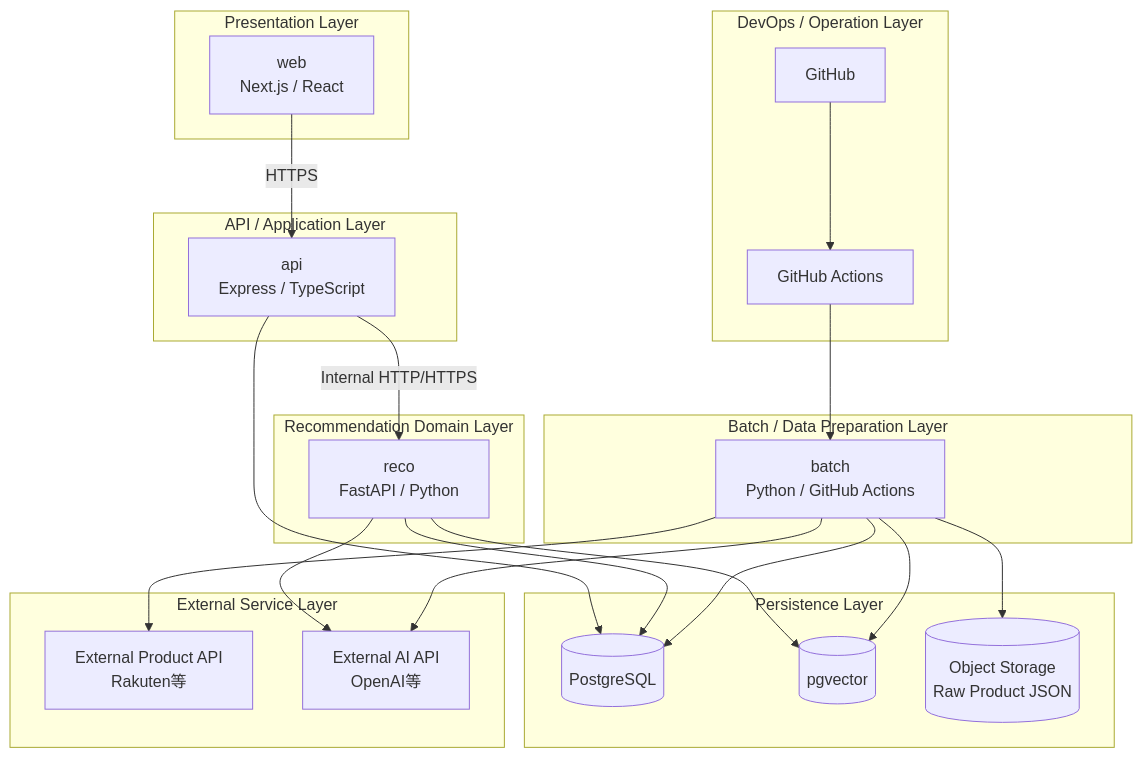
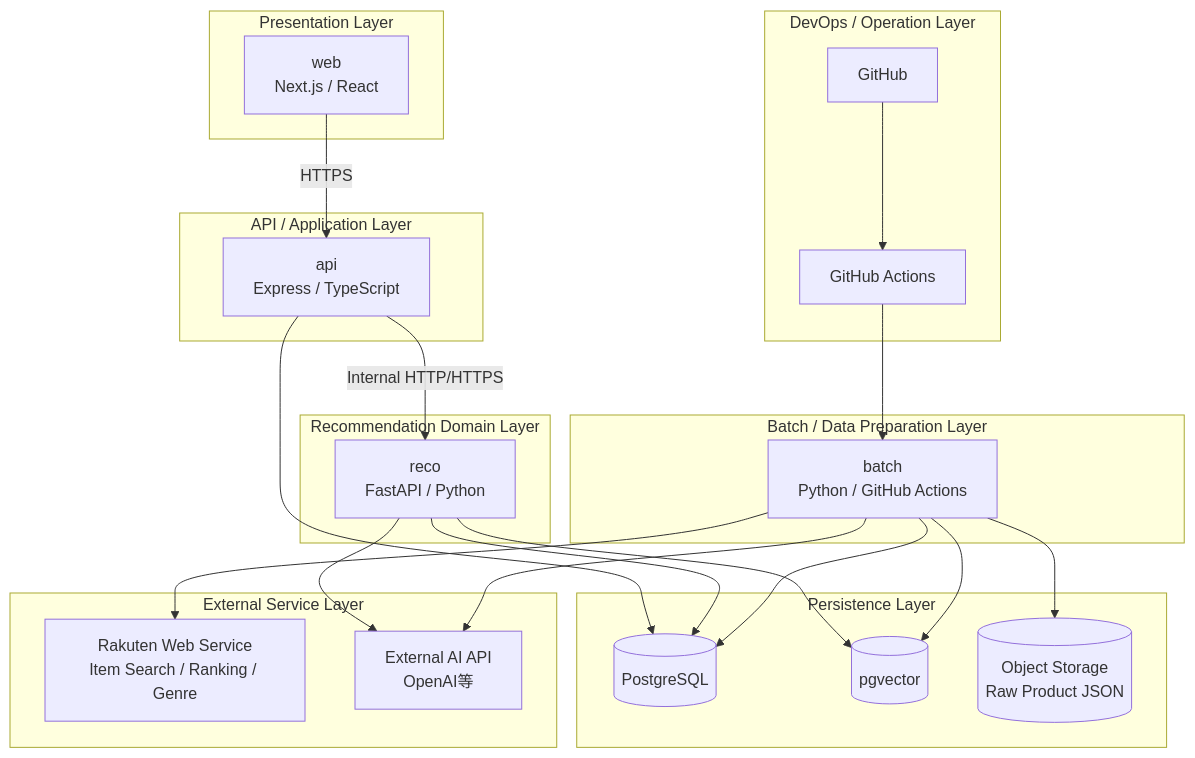
The first of 10 diagrams in docs/05_アプリケーション設計/アプリ/処理構成定義書.md (ryo-chan-k6/GiftRecommendAPP_MVP_CYCLE_3), drawn with Mermaid before and after one commit. The commit also changed other lines of this file, not shown here.

Commit message:
ドキュメントを更新し、Gift Recommendation Service MVPにおける処理構成の詳細を整理。新たに利用したインプット成果物を追加し、基本方針や処理種別を明確化。これにより、システムの処理系統とデータフローが一層明確になり、設計基盤が強化された。

````diff
--- a/docs/05_アプリケーション設計/アプリ/処理構成定義書.md
+++ b/docs/05_アプリケーション設計/アプリ/処理構成定義書.md
@@ -92,52 +124,52 @@
 ```mermaid
 flowchart TD
 
     subgraph PL[Presentation Layer]
         WEB[web<br/>Next.js / React]
     end
 
     subgraph AL[API / Application Layer]
         API[api<br/>Express / TypeScript]
     end
 
     subgraph RL[Recommendation Domain Layer]
         RECO[reco<br/>FastAPI / Python]
     end
 
     subgraph BL[Batch / Data Preparation Layer]
         BATCH[batch<br/>Python / GitHub Actions]
     end
 
     subgraph DL[Persistence Layer]
         DB[(PostgreSQL)]
         PGV[(pgvector)]
         OBJ[(Object Storage<br/>Raw Product JSON)]
     end
 
     subgraph EXT[External Service Layer]
-        PRODUCT[External Product API<br/>Rakuten等]
+        RAKUTEN[Rakuten Web Service<br/>Item Search / Ranking / Genre]
         AI[External AI API<br/>OpenAI等]
     end
 
     subgraph OPS[DevOps / Operation Layer]
         GH[GitHub]
         GHA[GitHub Actions]
     end
 
     WEB -->|HTTPS| API
     API -->|Internal HTTP/HTTPS| RECO
 
     API --> DB
     RECO --> DB
     RECO --> PGV
     RECO --> AI
 
     GHA --> BATCH
-    BATCH --> PRODUCT
+    BATCH --> RAKUTEN
     BATCH --> OBJ
     BATCH --> DB
     BATCH --> PGV
     BATCH --> AI
 
     GH --> GHA
 ```
````
